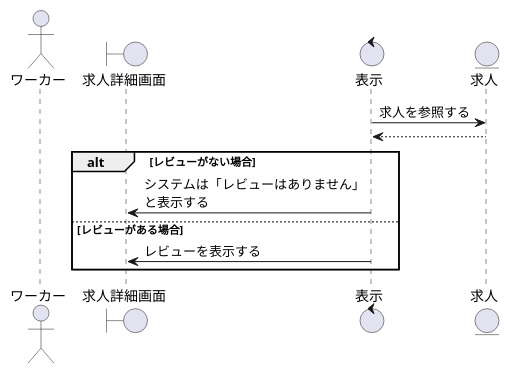
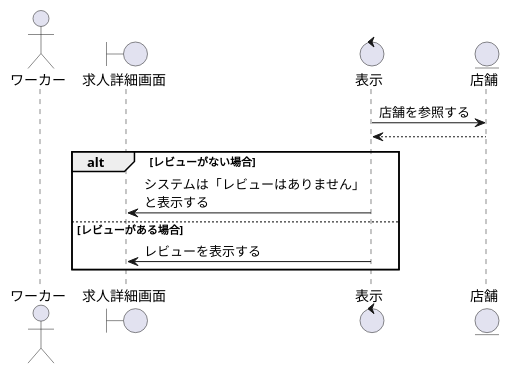
One commit to irukacb256/high_Me changed the diagram in sequence_fig/2_search_fn/04_レビューを閲覧する.pu. Above: the diagram before and after it, drawn with PlantUML. The commit also changed 3 other files, not shown here.

```diff
--- a/sequence_fig/2_search_fn/04_レビューを閲覧する.pu
+++ b/sequence_fig/2_search_fn/04_レビューを閲覧する.pu
@@ -1,21 +1,21 @@
 @startuml レビューを閲覧する
 
 ' 1
 actor ワーカー as wo1
 boundary 求人詳細画面 as jd1
 control 表示 as co1
-entity 求人 as en1
+entity 店舗 as en1
 
 ' 2
-co1 -> en1 : 求人を参照する
+co1 -> en1 : 店舗を参照する
 en1 --> co1 
 
 alt レビューがない場合
     co1 -> jd1 : システムは「レビューはありません」\nと表示する
 
 else レビューがある場合
     co1 -> jd1 : レビューを表示する
 
 end
 
 @enduml
```
